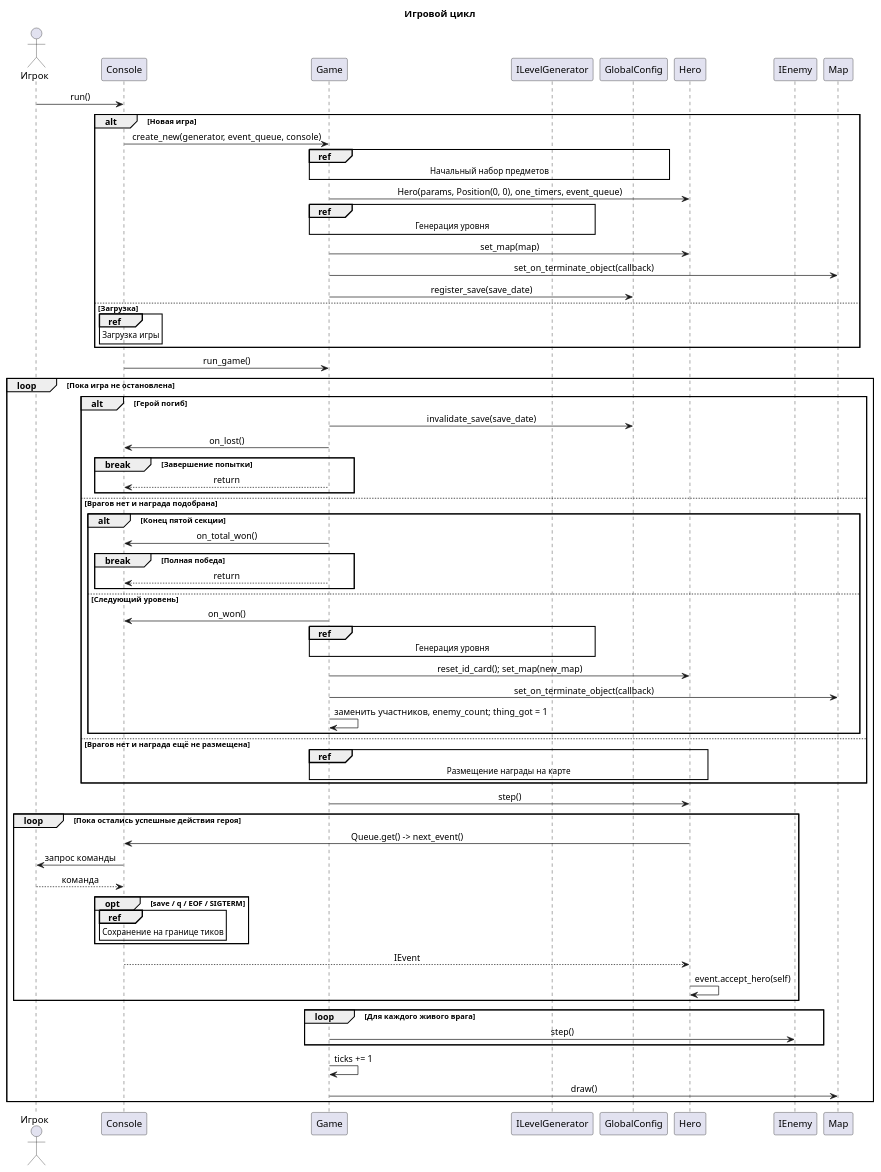
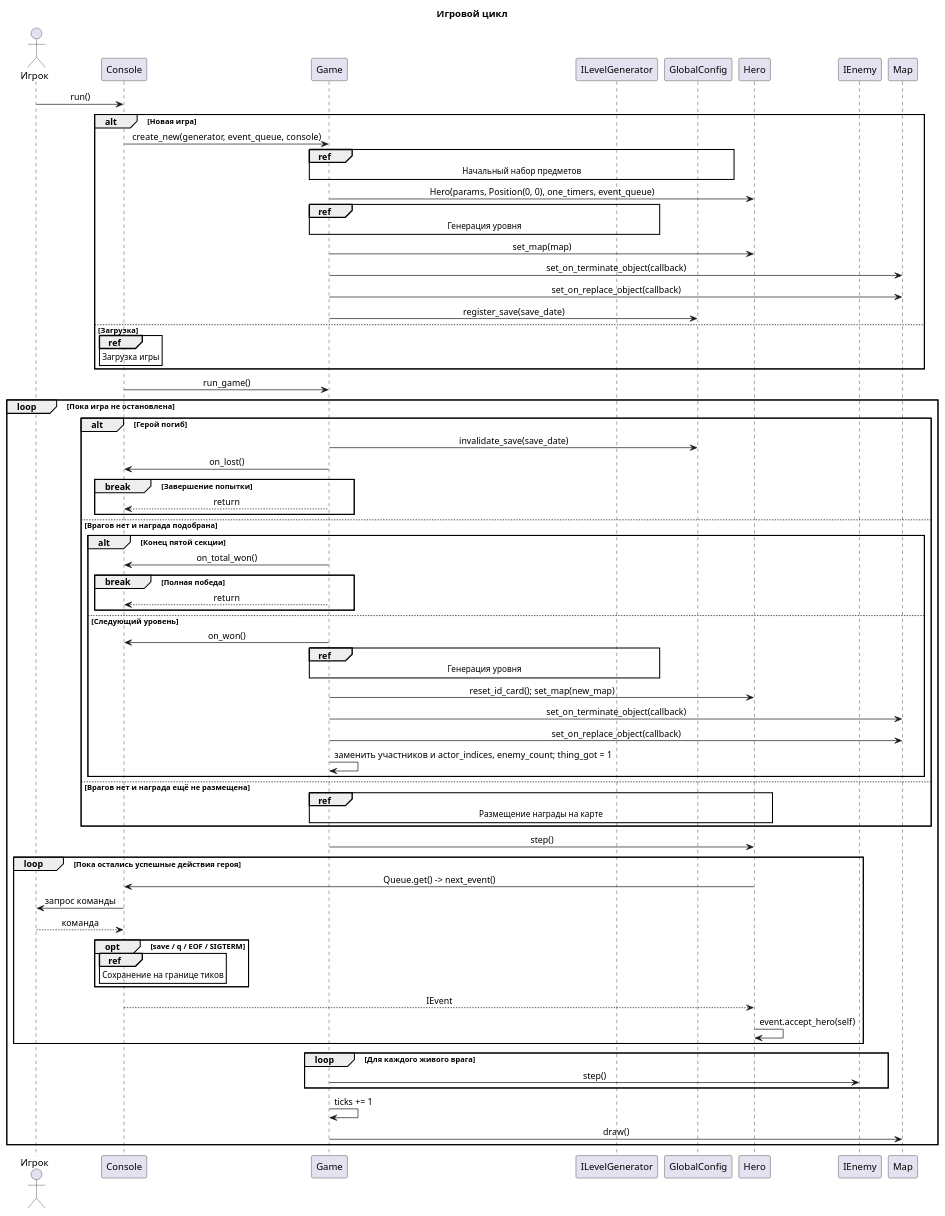
The diagram in docs/diagrams/sequence/sequence.plantuml (ISArchitec/Roguelike), drawn with PlantUML before and after one commit. The commit also changed 8 other files, not shown here.

```diff
--- a/docs/diagrams/sequence/sequence.plantuml
+++ b/docs/diagrams/sequence/sequence.plantuml
@@ -1,71 +1,73 @@
 @startuml
 skinparam shadowing false
 skinparam sequenceParticipant roundCorner 0
 skinparam sequenceLifeLineBorderColor black
 skinparam sequenceLifeLineBackgroundColor white
 skinparam sequenceMessageAlign center
 title Игровой цикл
 
 actor Игрок as Player
 participant Console
 participant Game
 participant ILevelGenerator as Generator
 participant GlobalConfig as Config
 participant Hero
 participant IEnemy as Enemy
 participant Map
 
 Player -> Console: run()
 alt Новая игра
     Console -> Game: create_new(generator, event_queue, console)
     ref over Game, Config: Начальный набор предметов
     Game -> Hero: Hero(params, Position(0, 0), one_timers, event_queue)
     ref over Game, Generator: Генерация уровня
     Game -> Hero: set_map(map)
     Game -> Map: set_on_terminate_object(callback)
+    Game -> Map: set_on_replace_object(callback)
     Game -> Config: register_save(save_date)
 else Загрузка
     ref over Console: Загрузка игры
 end
 Console -> Game: run_game()
 loop Пока игра не остановлена
     alt Герой погиб
         Game -> Config: invalidate_save(save_date)
         Game -> Console: on_lost()
         break Завершение попытки
             Game --> Console: return
         end
     else Врагов нет и награда подобрана
         alt Конец пятой секции
             Game -> Console: on_total_won()
             break Полная победа
                 Game --> Console: return
             end
         else Следующий уровень
             Game -> Console: on_won()
             ref over Game, Generator: Генерация уровня
             Game -> Hero: reset_id_card(); set_map(new_map)
             Game -> Map: set_on_terminate_object(callback)
-            Game -> Game: заменить участников, enemy_count; thing_got = 1
+            Game -> Map: set_on_replace_object(callback)
+            Game -> Game: заменить участников и actor_indices, enemy_count; thing_got = 1
         end
     else Врагов нет и награда ещё не размещена
         ref over Game, Hero: Размещение награды на карте
     end
     Game -> Hero: step()
     loop Пока остались успешные действия героя
         Hero -> Console: Queue.get() -> next_event()
         Console -> Player: запрос команды
         Player --> Console: команда
         opt save / q / EOF / SIGTERM
             ref over Console: Сохранение на границе тиков
         end
         Console --> Hero: IEvent
         Hero -> Hero: event.accept_hero(self)
     end
     loop Для каждого живого врага
         Game -> Enemy: step()
     end
     Game -> Game: ticks += 1
     Game -> Map: draw()
 end
 @enduml
```
